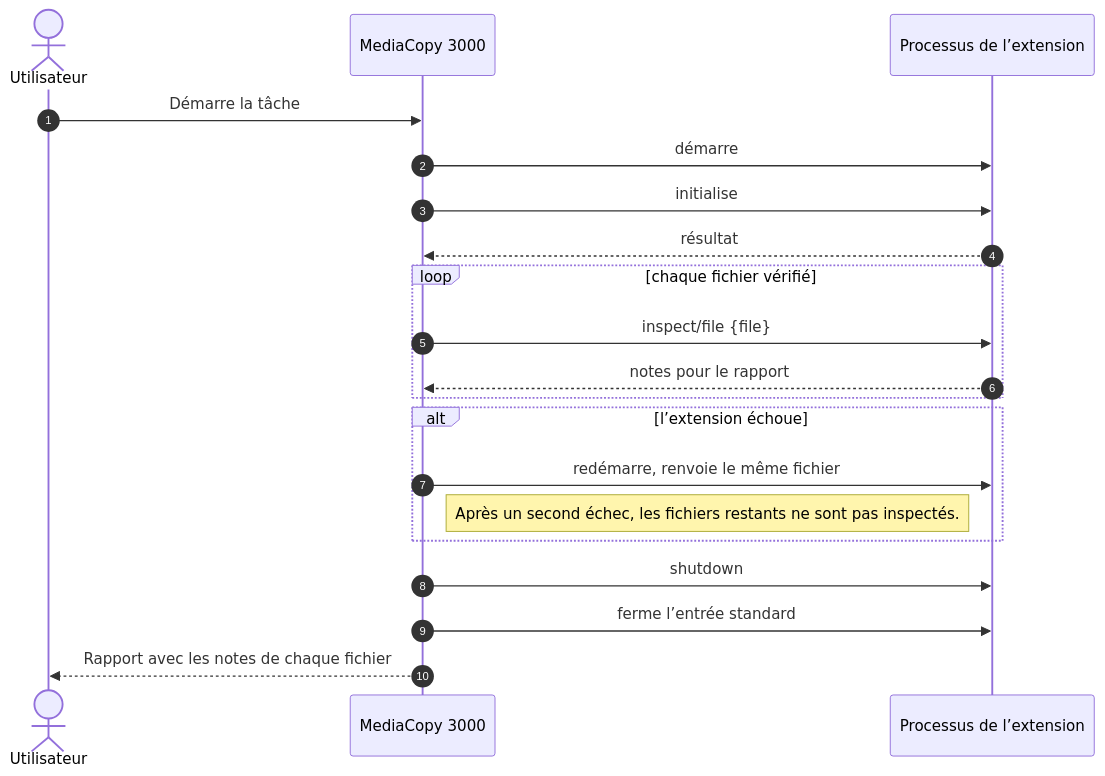
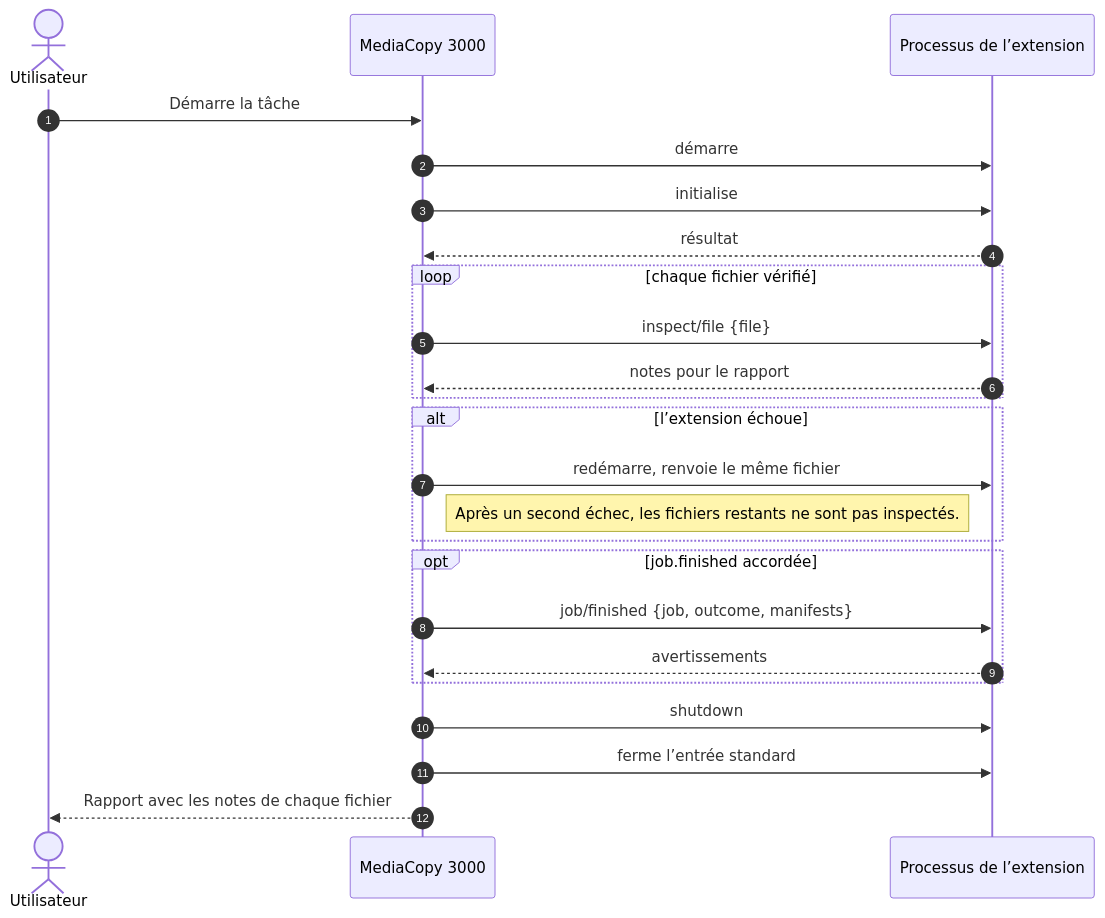
The third of 4 diagrams in manual/fr/plugins.md (Floreal-Technologies/MediaCopy3000), drawn with Mermaid before and after one commit. The commit also changed other lines of this file and 27 other files, not shown here.

````diff
--- a/manual/fr/plugins.md
+++ b/manual/fr/plugins.md
@@ -335,23 +339,27 @@
 ```mermaid
 sequenceDiagram
     autonumber
     actor User as Utilisateur
     participant MC3K as MediaCopy 3000
     participant Plugin as Processus de l’extension
 
     User->>MC3K: Démarre la tâche
     MC3K->>Plugin: démarre
     MC3K->>Plugin: initialise
     Plugin-->>MC3K: résultat
     loop chaque fichier vérifié
         MC3K->>Plugin: inspect/file {file}
         Plugin-->>MC3K: notes pour le rapport
     end
     alt l’extension échoue
         MC3K->>Plugin: redémarre, renvoie le même fichier
         note right of MC3K: Après un second échec, les fichiers restants ne sont pas inspectés.
     end
+    opt job.finished accordée
+        MC3K->>Plugin: job/finished {job, outcome, manifests}
+        Plugin-->>MC3K: avertissements
+    end
     MC3K->>Plugin: shutdown
     MC3K->>Plugin: ferme l’entrée standard
     MC3K-->>User: Rapport avec les notes de chaque fichier
 ```
````
